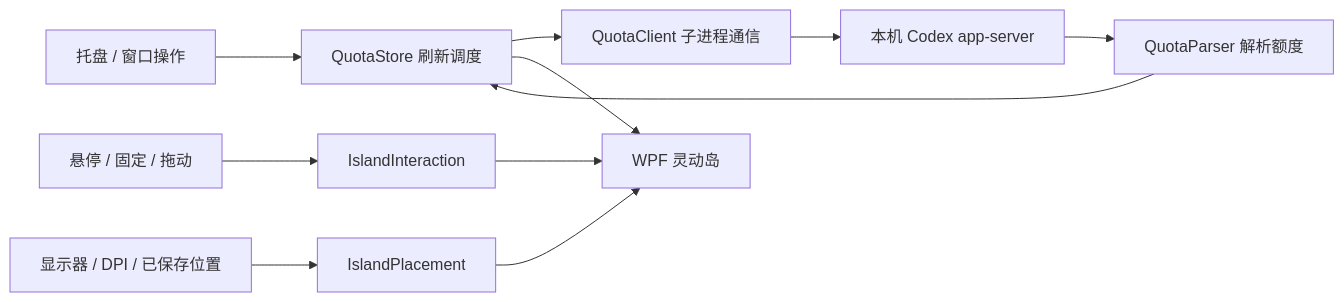
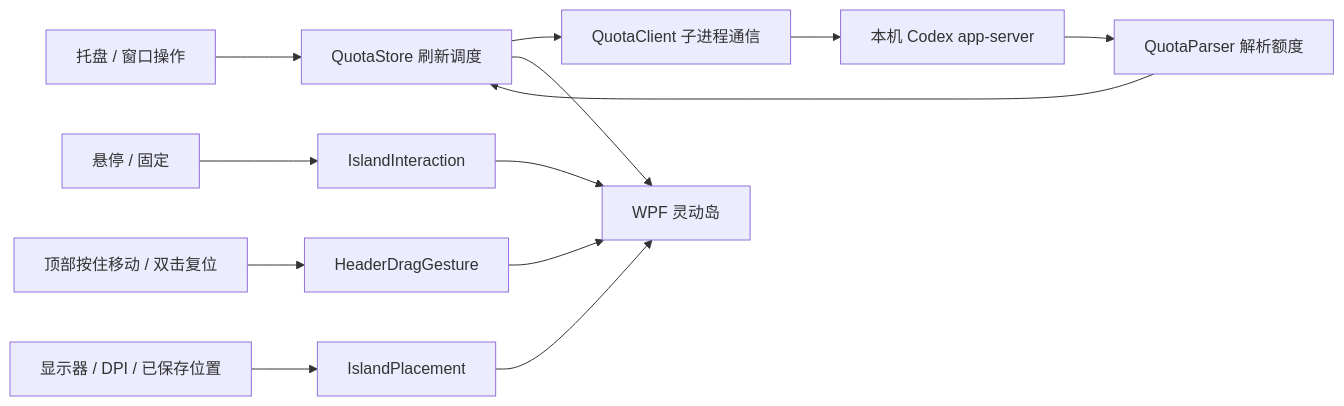
Before and after one commit to Er-Ding/codex-Island: the diagram in windows/docs/ARCHITECTURE.md, drawn with Mermaid. The commit also changed other lines of this file and 14 other files, not shown here.

````diff
--- a/windows/docs/ARCHITECTURE.md
+++ b/windows/docs/ARCHITECTURE.md
@@ -7,13 +7,15 @@
 ```mermaid
 flowchart LR
     A[托盘 / 窗口操作] --> B[QuotaStore 刷新调度]
     B --> C[QuotaClient 子进程通信]
     C --> D[本机 Codex app-server]
     D --> E[QuotaParser 解析额度]
     E --> B
     B --> F[WPF 灵动岛]
-    G[悬停 / 固定 / 拖动] --> H[IslandInteraction]
+    G[悬停 / 固定] --> H[IslandInteraction]
     H --> F
+    K[顶部按住移动 / 双击复位] --> L[HeaderDragGesture]
+    L --> F
     I[显示器 / DPI / 已保存位置] --> J[IslandPlacement]
     J --> F
 ```
````
